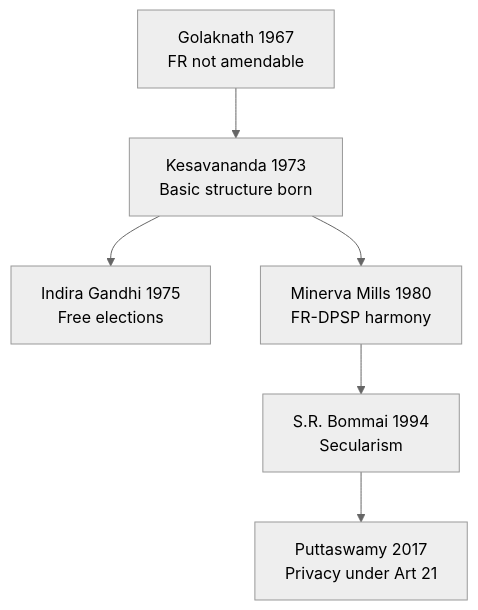
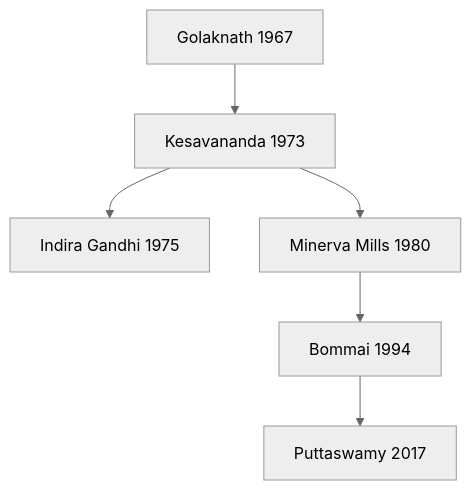
The second of 2 diagrams in mains-pyqs/GS-2/Polity_Constitution/01_Constitution_Evolution_Features_Basic_Structure.md (nitishpratap/UP-PCS), drawn with Mermaid (neutral theme) before and after one commit. The commit also changed other lines of this file and 1 other file, not shown here.

````diff
--- a/mains-pyqs/GS-2/Polity_Constitution/01_Constitution_Evolution_Features_Basic_Structure.md
+++ b/mains-pyqs/GS-2/Polity_Constitution/01_Constitution_Evolution_Features_Basic_Structure.md
@@ -262,8 +565,8 @@
 ```mermaid
 flowchart TD
-  G[Golaknath 1967<br/>FR not amendable] --> K[Kesavananda 1973<br/>Basic structure born]
-  K --> I[Indira Gandhi 1975<br/>Free elections]
-  K --> M[Minerva Mills 1980<br/>FR-DPSP harmony]
-  M --> B[S.R. Bommai 1994<br/>Secularism]
-  B --> P[Puttaswamy 2017<br/>Privacy under Art 21]
+  G[Golaknath 1967] --> K[Kesavananda 1973]
+  K --> I[Indira Gandhi 1975]
+  K --> M[Minerva Mills 1980]
+  M --> B[Bommai 1994]
+  B --> P[Puttaswamy 2017]
 ```
````
